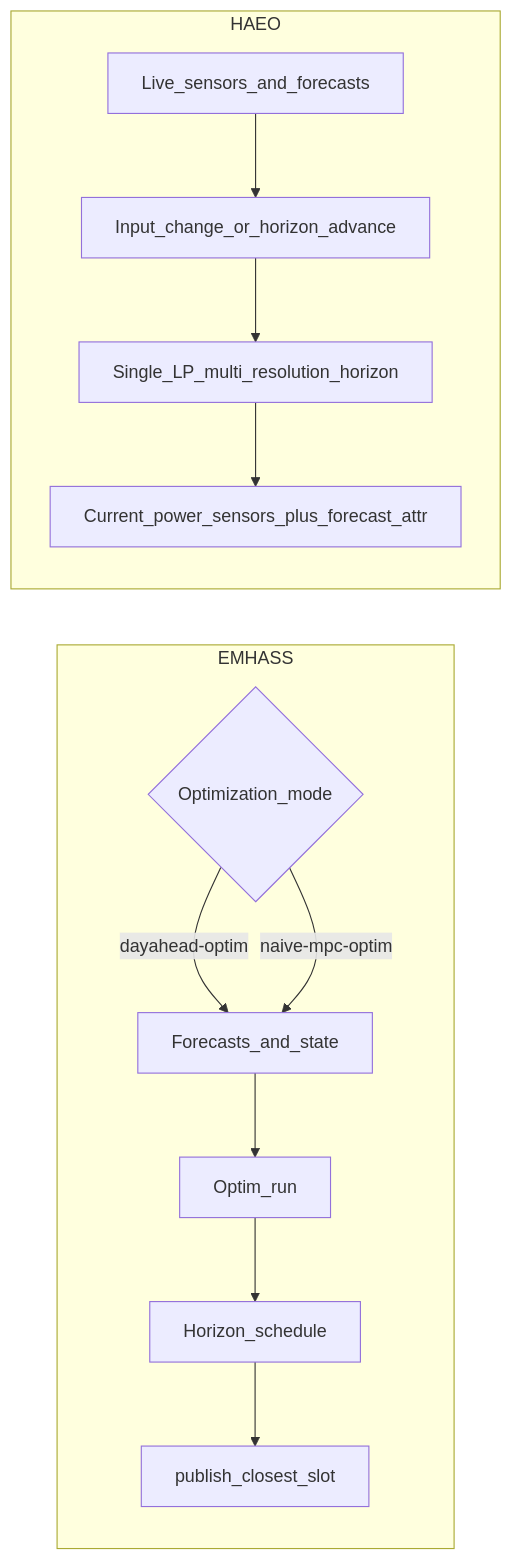
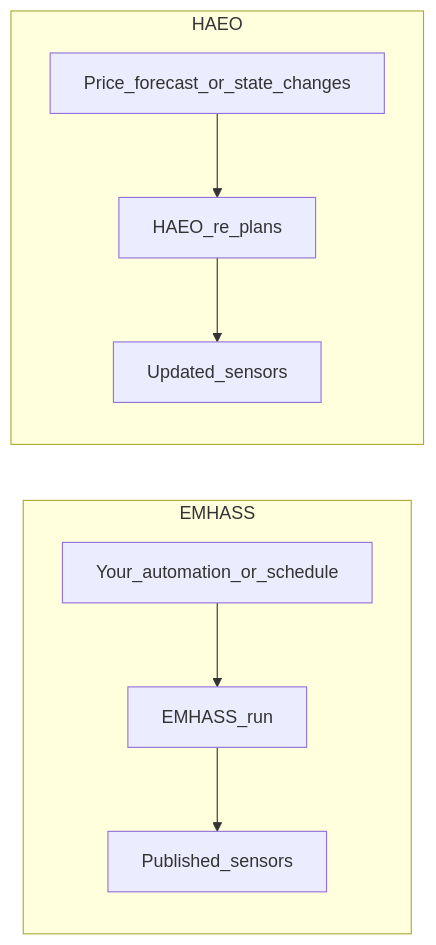
Before and after one commit to hass-energy/haeo: the diagram in docs/user-guide/alternatives.md, drawn with Mermaid. The commit also changed other lines of this file and 1 other file, not shown here.

First line of the commit message:
Rewrite the EMHASS comparison for end users (#530)

````diff
--- a/docs/user-guide/alternatives.md
+++ b/docs/user-guide/alternatives.md
@@ -33,20 +29,15 @@
 ```mermaid
 flowchart LR
   subgraph emhassFlow [EMHASS]
-    Mode{Optimization_mode}
-    Inputs[Forecasts_and_state]
-    Optim[Optim_run]
-    Schedule[Horizon_schedule]
-    Publish[publish_closest_slot]
-    Mode -->|dayahead-optim| Inputs
-    Mode -->|naive-mpc-optim| Inputs
-    Inputs --> Optim --> Schedule --> Publish
+    Automation[Your_automation_or_schedule]
+    Run[EMHASS_run]
+    Publish[Published_sensors]
+    Automation --> Run --> Publish
   end
   subgraph haeoFlow [HAEO]
-    Live[Live_sensors_and_forecasts]
-    Trigger[Input_change_or_horizon_advance]
-    Solve[Single_LP_multi_resolution_horizon]
-    Now[Current_power_sensors_plus_forecast_attr]
-    Live --> Trigger --> Solve --> Now
+    Change[Price_forecast_or_state_changes]
+    Plan[HAEO_re_plans]
+    Sensors[Updated_sensors]
+    Change --> Plan --> Sensors
   end
 ```
````
